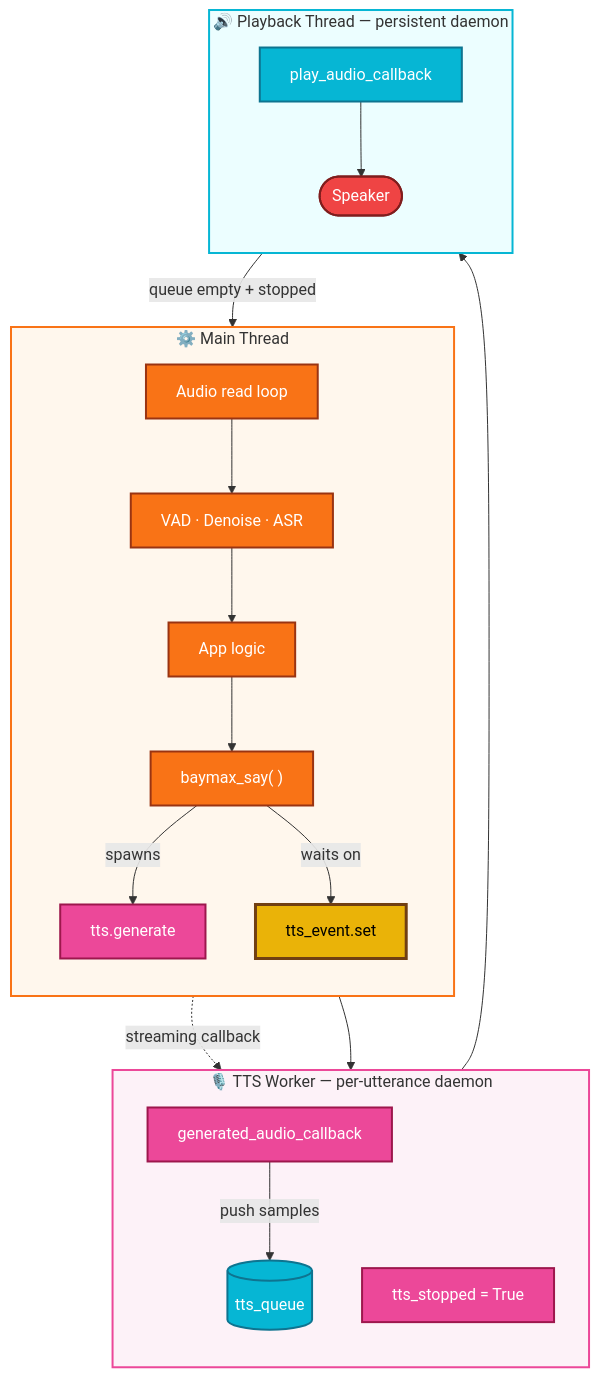
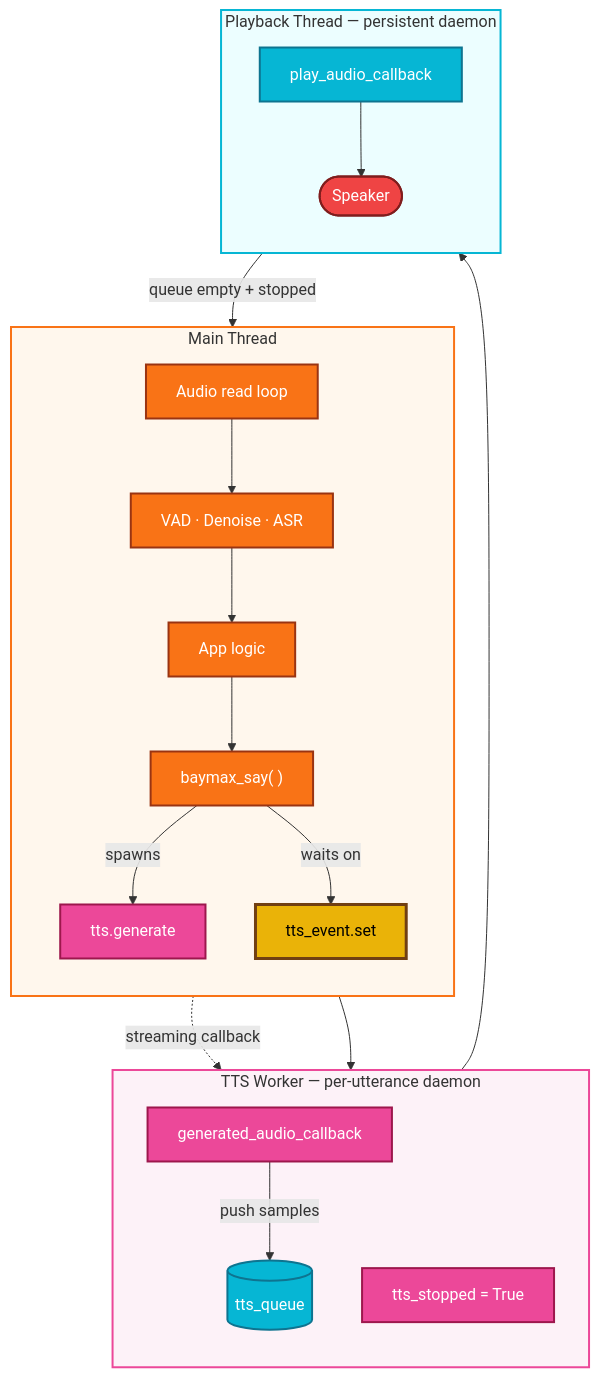
Before and after one commit to Prithwis-2023/sherpa-onnx: the second of 4 diagrams in python-api-examples/BAYMAX_WORKFLOW.md, drawn with Mermaid. The commit also changed other lines of this file, not shown here.

````diff
--- a/python-api-examples/BAYMAX_WORKFLOW.md
+++ b/python-api-examples/BAYMAX_WORKFLOW.md
@@ -68,41 +68,41 @@
 ```mermaid
 flowchart TD
-    subgraph Main["⚙️ Main Thread"]
+    subgraph Main["Main Thread"]
         direction TB
         M1[Audio read loop] --> M2[VAD · Denoise · ASR]
         M2 --> M3[App logic]
         M3 --> M4["baymax_say( )"]
         M4 -->|spawns| T1
         M4 -->|waits on| EVT
     end
 
-    subgraph TTSThread["🎙️ TTS Worker — per-utterance daemon"]
+    subgraph TTSThread["TTS Worker — per-utterance daemon"]
         direction TB
         T1[tts.generate] -.->|streaming callback| CB[generated_audio_callback]
         CB -->|push samples| QUEUE
         T1 --> SETSTOPPED[tts_stopped = True]
     end
 
-    subgraph Playback["🔊 Playback Thread — persistent daemon"]
+    subgraph Playback["Playback Thread — persistent daemon"]
         direction TB
         QUEUE[(tts_queue)] --> PCB[play_audio_callback]
         PCB --> SPKR([Speaker])
         PCB -->|queue empty + stopped| EVT[tts_event.set]
     end
 
     classDef main fill:#f97316,stroke:#9a3412,stroke-width:2px,color:#fff
     classDef tts  fill:#ec4899,stroke:#9d174d,stroke-width:2px,color:#fff
     classDef play fill:#06b6d4,stroke:#0e7490,stroke-width:2px,color:#fff
     classDef sync fill:#eab308,stroke:#713f12,stroke-width:3px,color:#000
     classDef dev  fill:#ef4444,stroke:#7f1d1d,stroke-width:2px,color:#fff
 
     class M1,M2,M3,M4 main
     class T1,CB,SETSTOPPED tts
     class QUEUE,PCB play
     class EVT sync
     class SPKR dev
 
     style Main      fill:#fff7ed,stroke:#f97316,stroke-width:2px
     style TTSThread fill:#fdf2f8,stroke:#ec4899,stroke-width:2px
     style Playback  fill:#ecfeff,stroke:#06b6d4,stroke-width:2px
 ```
````
